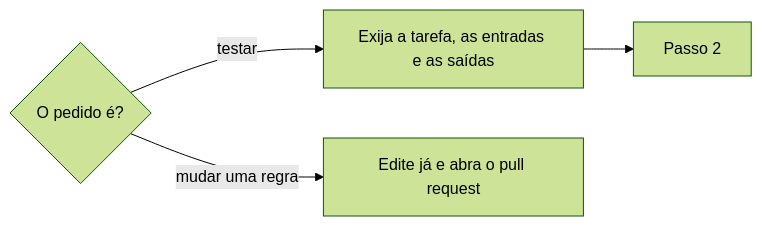
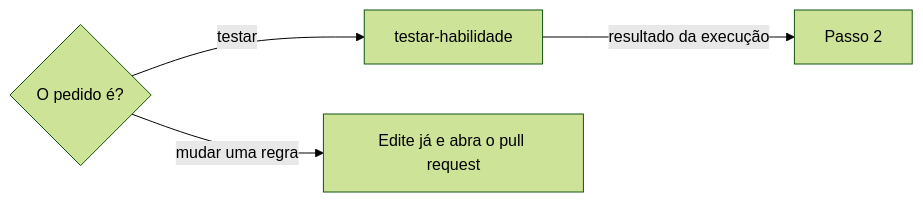
One commit to jimmyandrade/harness changed the diagram in .agents/skills/evoluir-habilidade/SKILL.md. Above: the diagram before and after it, drawn with Mermaid (forest theme). The commit also changed other lines of this file and 11 other files, not shown here.

````diff
--- a/.agents/skills/evoluir-habilidade/SKILL.md
+++ b/.agents/skills/evoluir-habilidade/SKILL.md
@@ -36,6 +35,6 @@
 ```mermaid
 flowchart LR
-  Q{O pedido é?} -->|testar| T[Exija a tarefa, as entradas e as saídas]
+  Q{O pedido é?} -->|testar| T[testar-habilidade]
   Q -->|mudar uma regra| M[Edite já e abra o pull request]
-  T --> P[Passo 2]
+  T -->|resultado da execução| P[Passo 2]
 ```
````
